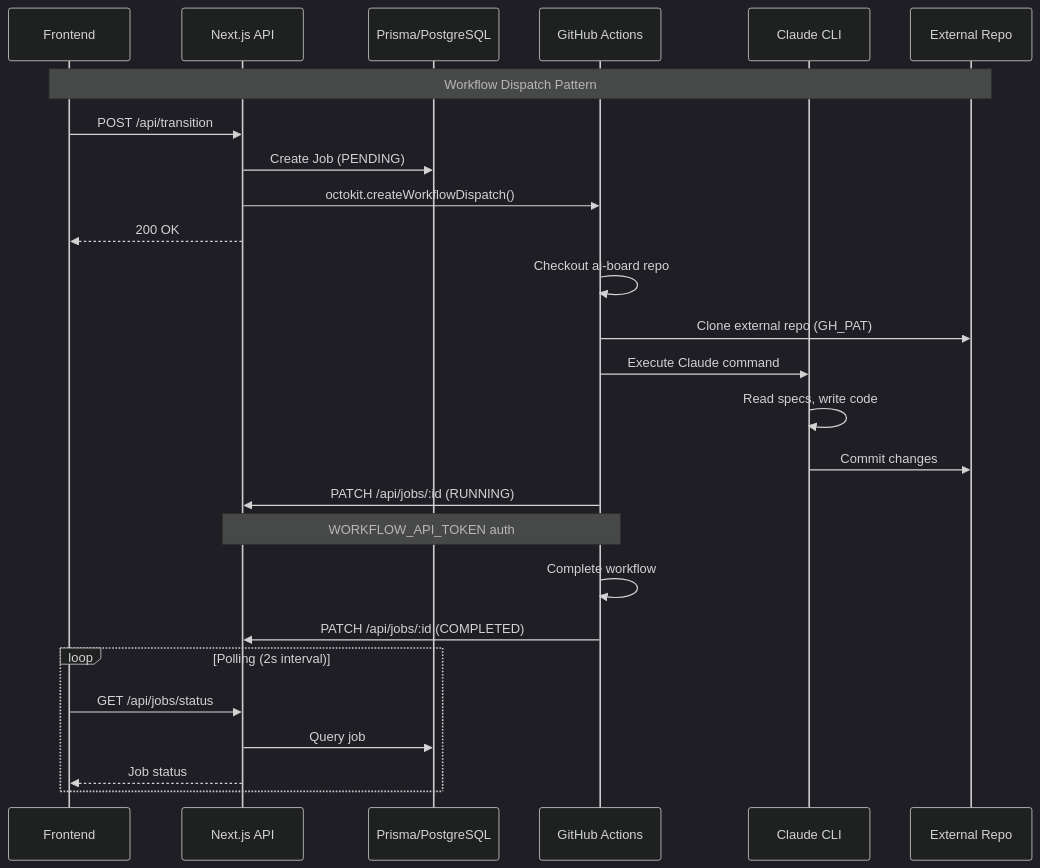
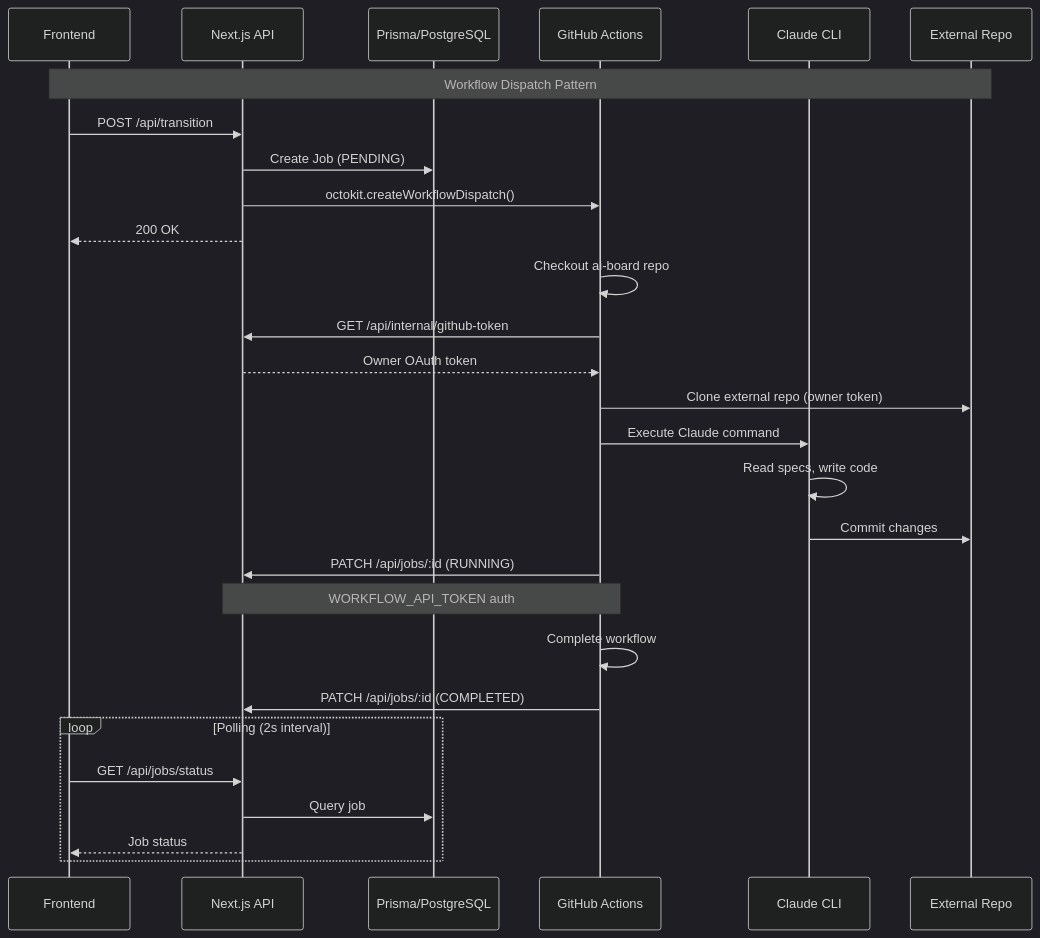
One commit to bfernandez31/ai-board changed the first of 5 diagrams in specs/specifications/technical/implementation/integrations.md. Above: the diagram before and after it, drawn with Mermaid (dark theme). The commit also changed other lines of this file and 14 other files, not shown here.

First line of the commit message:
feat(workflows): use project owner's GitHub OAuth token for external repo access

````diff
--- a/specs/specifications/technical/implementation/integrations.md
+++ b/specs/specifications/technical/implementation/integrations.md
@@ -7,35 +7,37 @@
 ```mermaid
 sequenceDiagram
     participant UI as Frontend
     participant API as Next.js API
     participant DB as Prisma/PostgreSQL
     participant GH as GitHub Actions
     participant CLI as Claude CLI
     participant Ext as External Repo
 
     Note over UI,Ext: Workflow Dispatch Pattern
 
     UI->>API: POST /api/transition
     API->>DB: Create Job (PENDING)
     API->>GH: octokit.createWorkflowDispatch()
     API-->>UI: 200 OK
 
     GH->>GH: Checkout ai-board repo
-    GH->>Ext: Clone external repo (GH_PAT)
+    GH->>API: GET /api/internal/github-token
+    API-->>GH: Owner OAuth token
+    GH->>Ext: Clone external repo (owner token)
     GH->>CLI: Execute Claude command
 
     CLI->>CLI: Read specs, write code
     CLI->>Ext: Commit changes
 
     GH->>API: PATCH /api/jobs/:id (RUNNING)
     Note over GH,API: WORKFLOW_API_TOKEN auth
 
     GH->>GH: Complete workflow
     GH->>API: PATCH /api/jobs/:id (COMPLETED)
 
     loop Polling (2s interval)
         UI->>API: GET /api/jobs/status
         API->>DB: Query job
         API-->>UI: Job status
     end
 ```
````
